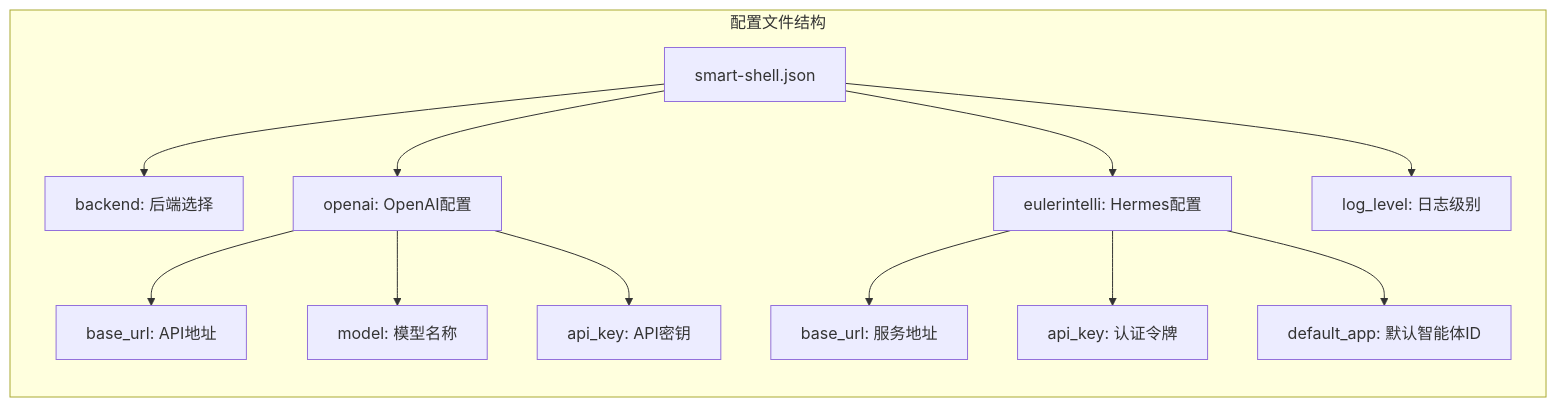
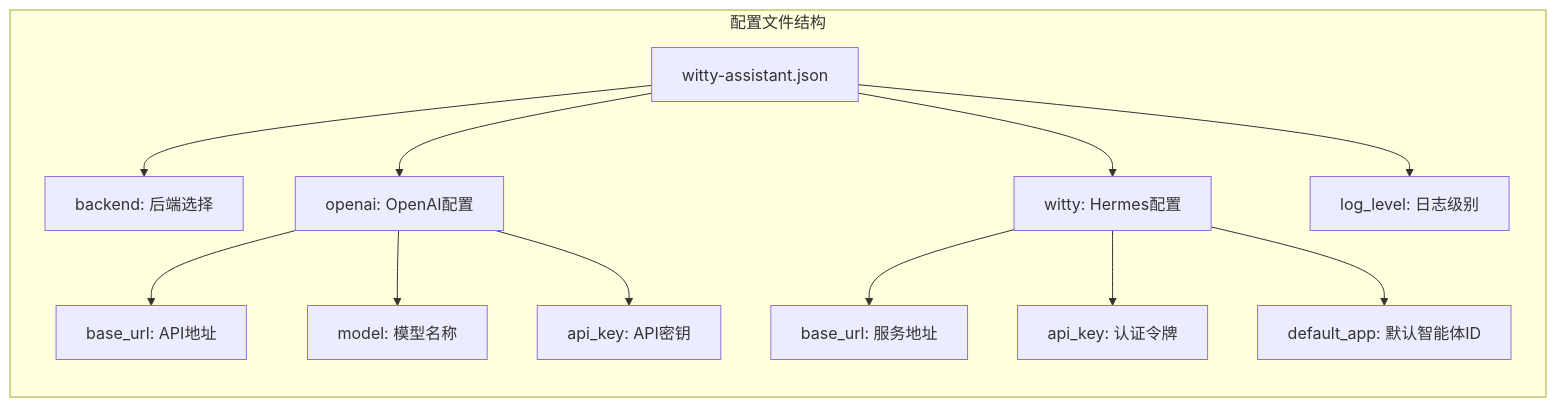
Before and after one commit to openeuler-mirror/euler-copilot-shell: the sixth of 9 diagrams in docs/development/design/配置管理模块设计.md, drawn with Mermaid. The commit also changed other lines of this file and 23 other files, not shown here.

````diff
--- a/docs/development/design/配置管理模块设计.md
+++ b/docs/development/design/配置管理模块设计.md
@@ -190,17 +190,17 @@
 ```mermaid
 graph LR
     subgraph "配置文件结构"
-        A[smart-shell.json] --> B[backend: 后端选择]
+        A[witty-assistant.json] --> B[backend: 后端选择]
         A --> C[openai: OpenAI配置]
-        A --> D[eulerintelli: Hermes配置]
+        A --> D[witty: Hermes配置]
         A --> E[log_level: 日志级别]
         
         C --> F[base_url: API地址]
         C --> G[model: 模型名称]
         C --> H[api_key: API密钥]
         
         D --> I[base_url: 服务地址]
         D --> J[api_key: 认证令牌]
         D --> K[default_app: 默认智能体ID]
     end
 ```
````
